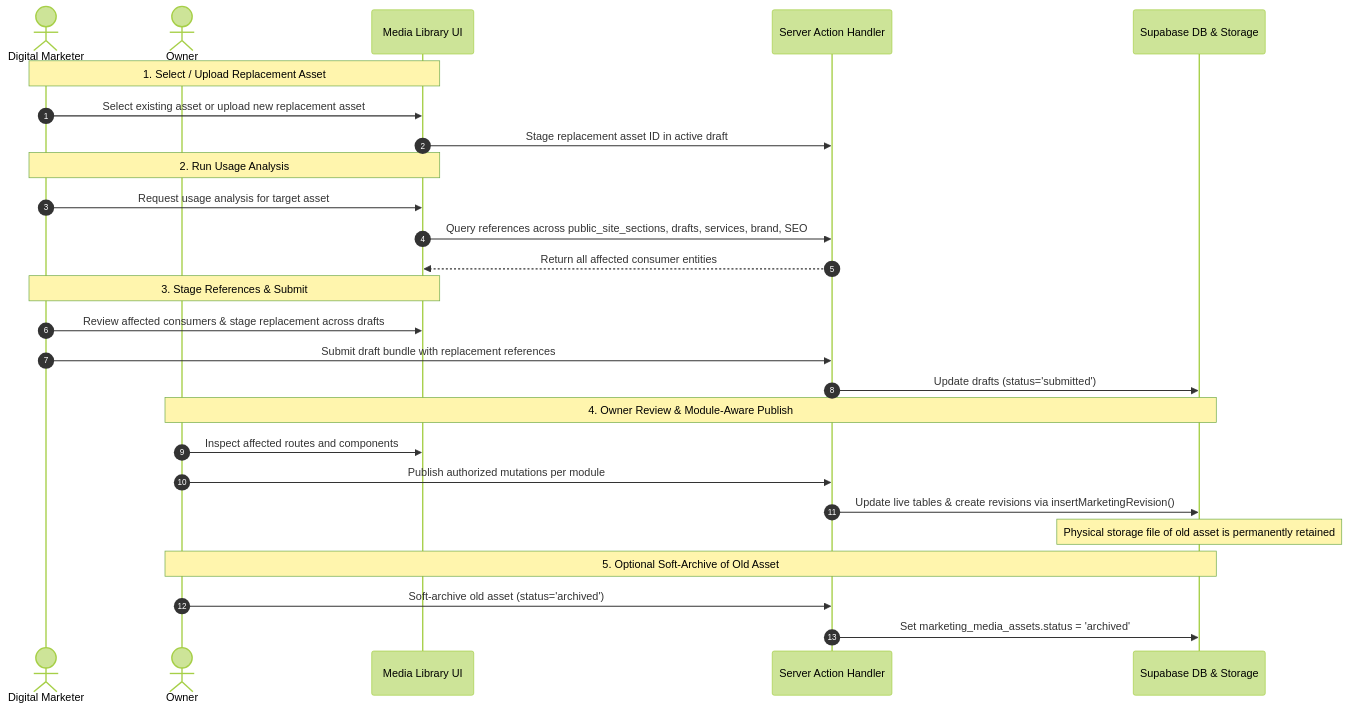
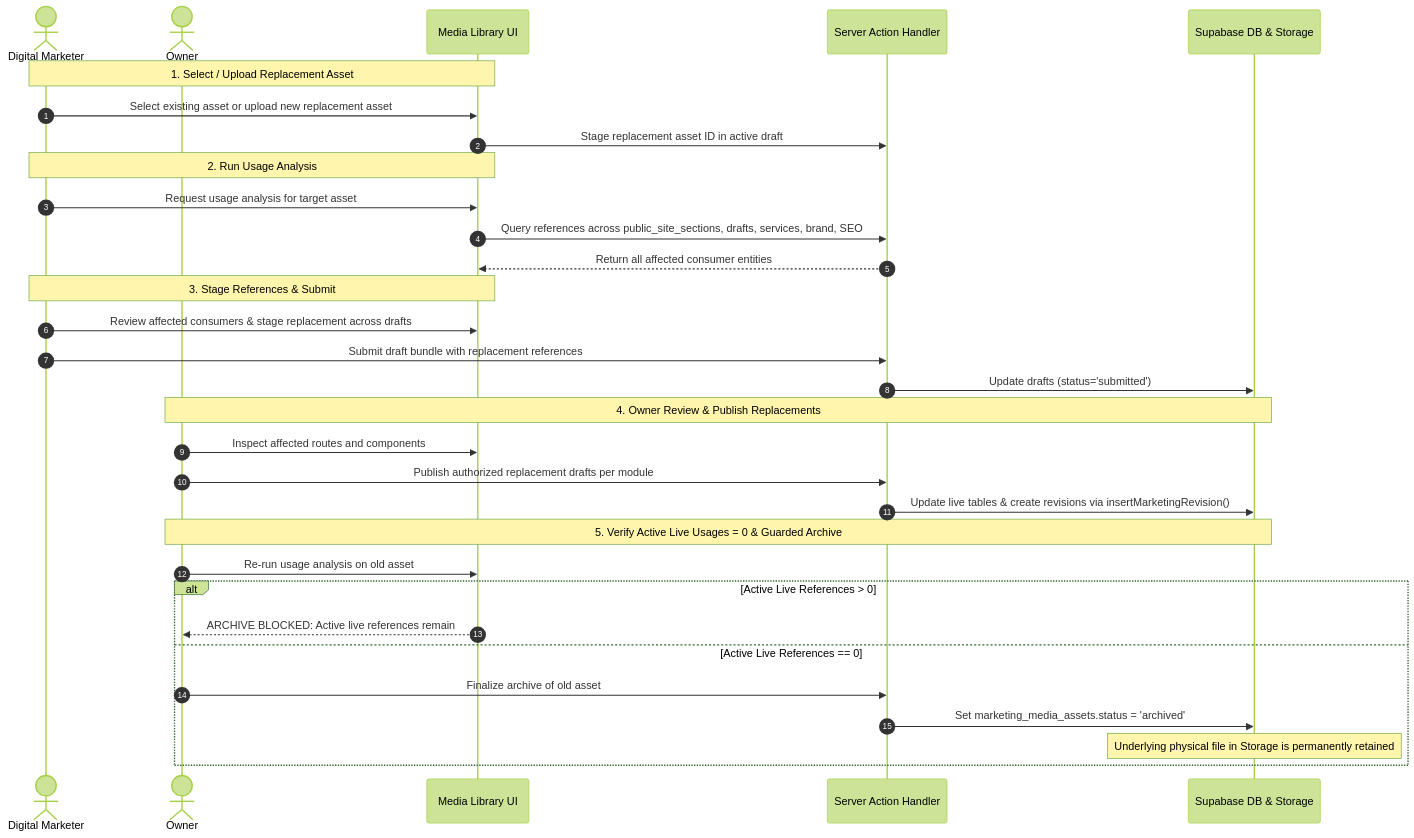
The second of 2 diagrams in docs/audits/C4_MARKETING_UIUX_WORKFLOW_PLAN.md (techwithmpg/Cradlehub), drawn with Mermaid (forest theme) before and after one commit. The commit also changed other lines of this file, not shown here.

Commit message:
docs(c4): finalize media archive safety workflow

````diff
--- a/docs/audits/C4_MARKETING_UIUX_WORKFLOW_PLAN.md
+++ b/docs/audits/C4_MARKETING_UIUX_WORKFLOW_PLAN.md
@@ -555,33 +564,38 @@
 ```mermaid
 sequenceDiagram
     autonumber
     actor Marketer as Digital Marketer
     actor Owner as Owner
     participant ML as Media Library UI
     participant Srv as Server Action Handler
     participant DB as Supabase DB & Storage
 
     Note over Marketer,ML: 1. Select / Upload Replacement Asset
     Marketer->>ML: Select existing asset or upload new replacement asset
     ML->>Srv: Stage replacement asset ID in active draft
 
     Note over Marketer,ML: 2. Run Usage Analysis
     Marketer->>ML: Request usage analysis for target asset
     ML->>Srv: Query references across public_site_sections, drafts, services, brand, SEO
     Srv-->>ML: Return all affected consumer entities
 
     Note over Marketer,ML: 3. Stage References & Submit
     Marketer->>ML: Review affected consumers & stage replacement across drafts
     Marketer->>Srv: Submit draft bundle with replacement references
     Srv->>DB: Update drafts (status='submitted')
 
-    Note over Owner,DB: 4. Owner Review & Module-Aware Publish
+    Note over Owner,DB: 4. Owner Review & Publish Replacements
     Owner->>ML: Inspect affected routes and components
-    Owner->>Srv: Publish authorized mutations per module
+    Owner->>Srv: Publish authorized replacement drafts per module
     Srv->>DB: Update live tables & create revisions via insertMarketingRevision()
-    Note over DB: Physical storage file of old asset is permanently retained
 
-    Note over Owner,DB: 5. Optional Soft-Archive of Old Asset
-    Owner->>Srv: Soft-archive old asset (status='archived')
-    Srv->>DB: Set marketing_media_assets.status = 'archived'
+    Note over Owner,DB: 5. Verify Active Live Usages = 0 & Guarded Archive
+    Owner->>ML: Re-run usage analysis on old asset
+    alt Active Live References > 0
+        ML-->>Owner: ARCHIVE BLOCKED: Active live references remain
+    else Active Live References == 0
+        Owner->>Srv: Finalize archive of old asset
+        Srv->>DB: Set marketing_media_assets.status = 'archived'
+        Note over DB: Underlying physical file in Storage is permanently retained
+    end
 ```
````
